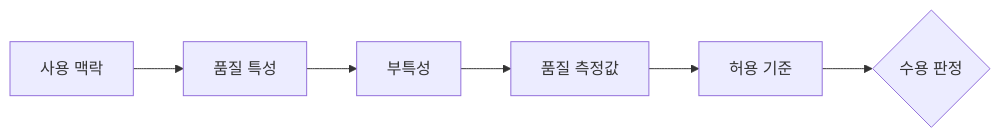
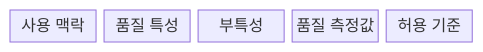
Before and after one commit to agnusdei1207/knowledge-base: the first of 2 diagrams in src/content/docs/notes/03-software/069_software_quality_iso_25010.md, drawn with Mermaid. The commit also changed other lines of this file and 20 other files, not shown here.

````diff
--- a/src/content/docs/notes/03-software/069_software_quality_iso_25010.md
+++ b/src/content/docs/notes/03-software/069_software_quality_iso_25010.md
@@ -57,8 +55,9 @@
 ```mermaid
-flowchart LR
-    C[사용 맥락] --> Q[품질 특성]
-    Q --> S[부특성]
-    S --> M[품질 측정값]
-    M --> A[허용 기준]
-    A --> D{수용 판정}
+block
+  columns 5
+  C["사용 맥락"]
+  Q["품질 특성"]
+  S["부특성"]
+  M["품질 측정값"]
+  A["허용 기준"]
 ```
````
